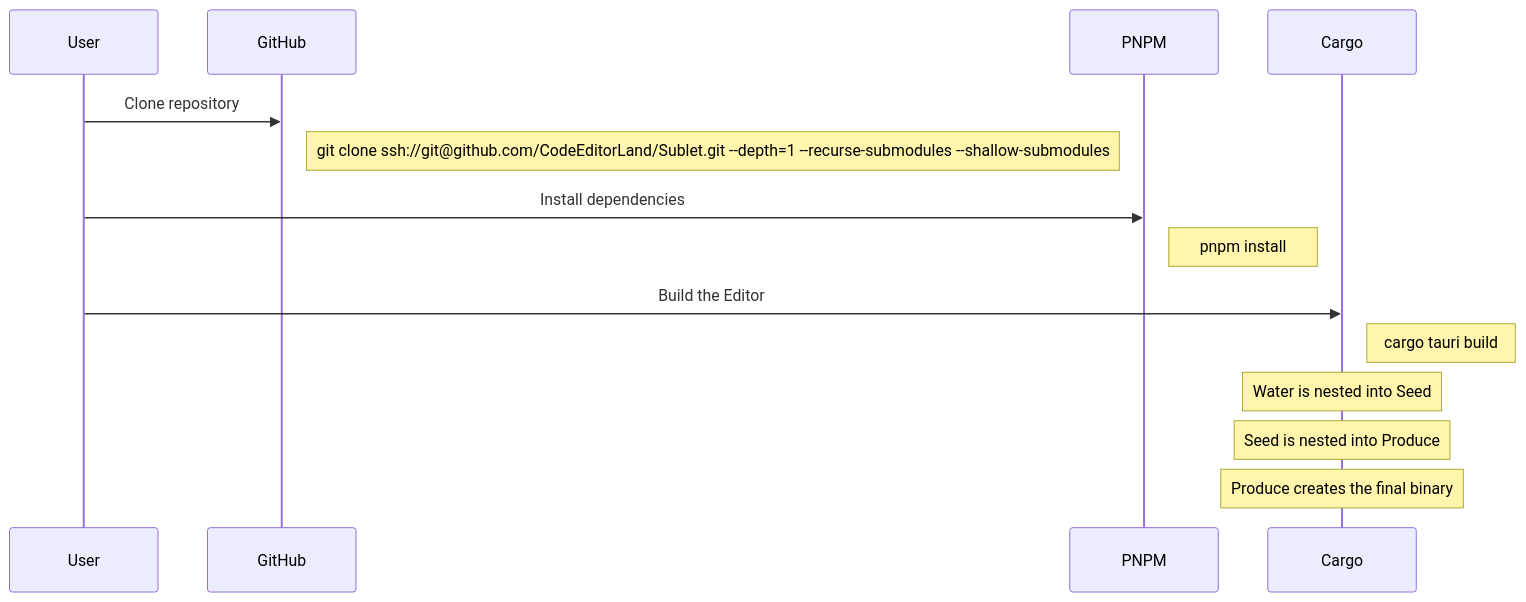
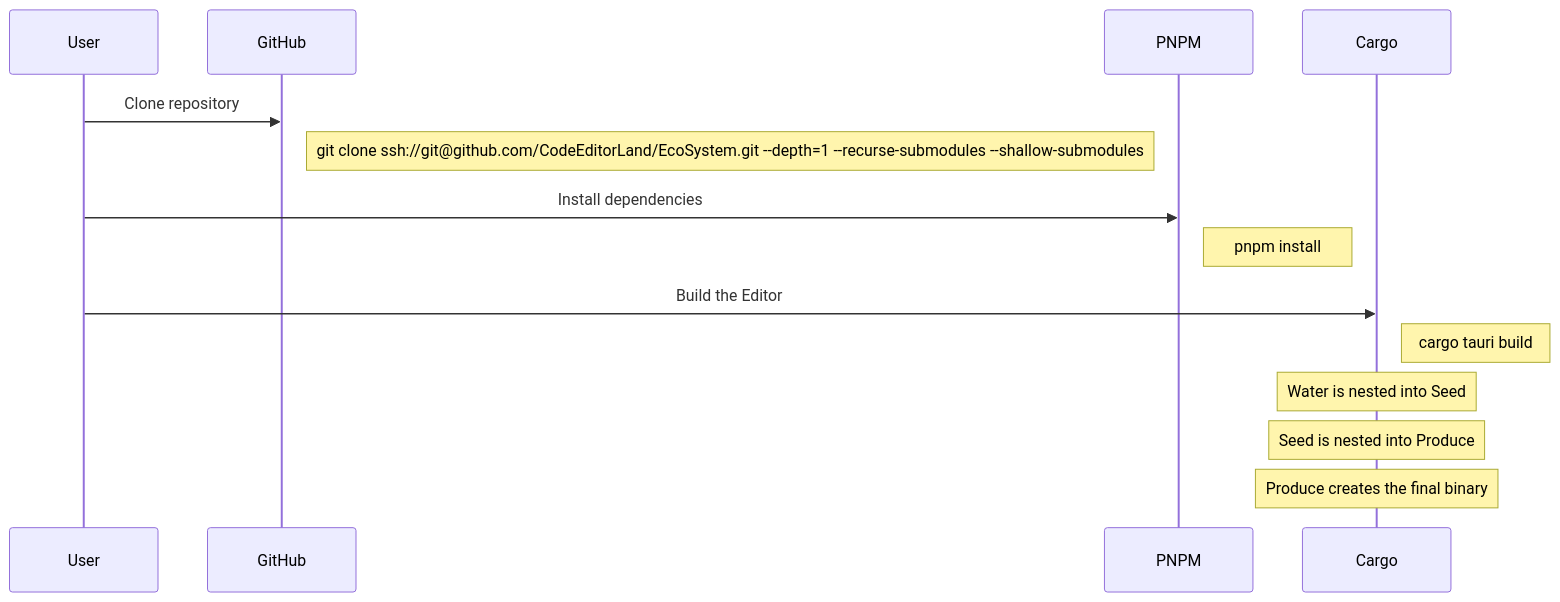
One commit to CodeEditorLand/Land changed the second of 2 diagrams in README.md. Above: the diagram before and after it, drawn with Mermaid. The commit also changed other lines of this file, not shown here.

````diff
--- a/README.md
+++ b/README.md
@@ -88,20 +88,20 @@
 ```mermaid
 sequenceDiagram
     participant User
     participant GitHub
     participant PNPM
     participant Cargo
 
     User->>GitHub: Clone repository
-    Note right of GitHub: git clone ssh://git@github.com/CodeEditorLand/Sublet.git --depth=1 --recurse-submodules --shallow-submodules
+    Note right of GitHub: git clone ssh://git@github.com/CodeEditorLand/EcoSystem.git --depth=1 --recurse-submodules --shallow-submodules
 
     User->>PNPM: Install dependencies
     Note right of PNPM: pnpm install
 
     User->>Cargo: Build the Editor
     Note right of Cargo: cargo tauri build
 
     Note over Cargo: Water is nested into Seed
     Note over Cargo: Seed is nested into Produce
     Note over Cargo: Produce creates the final binary
 ```
````
